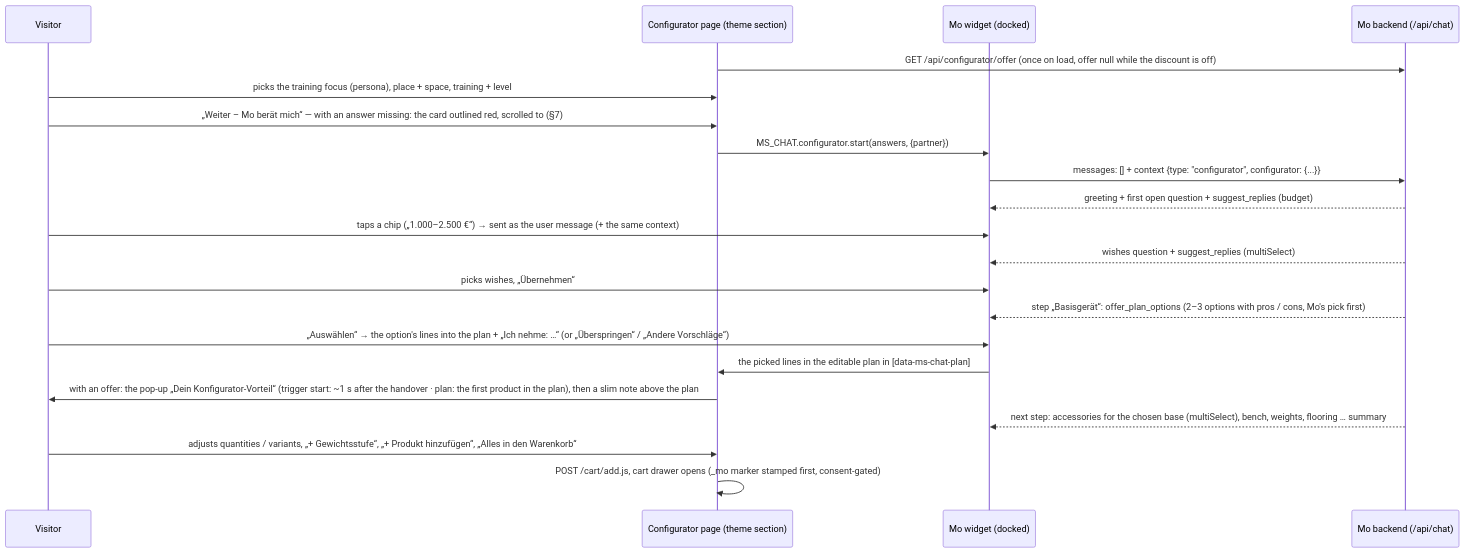
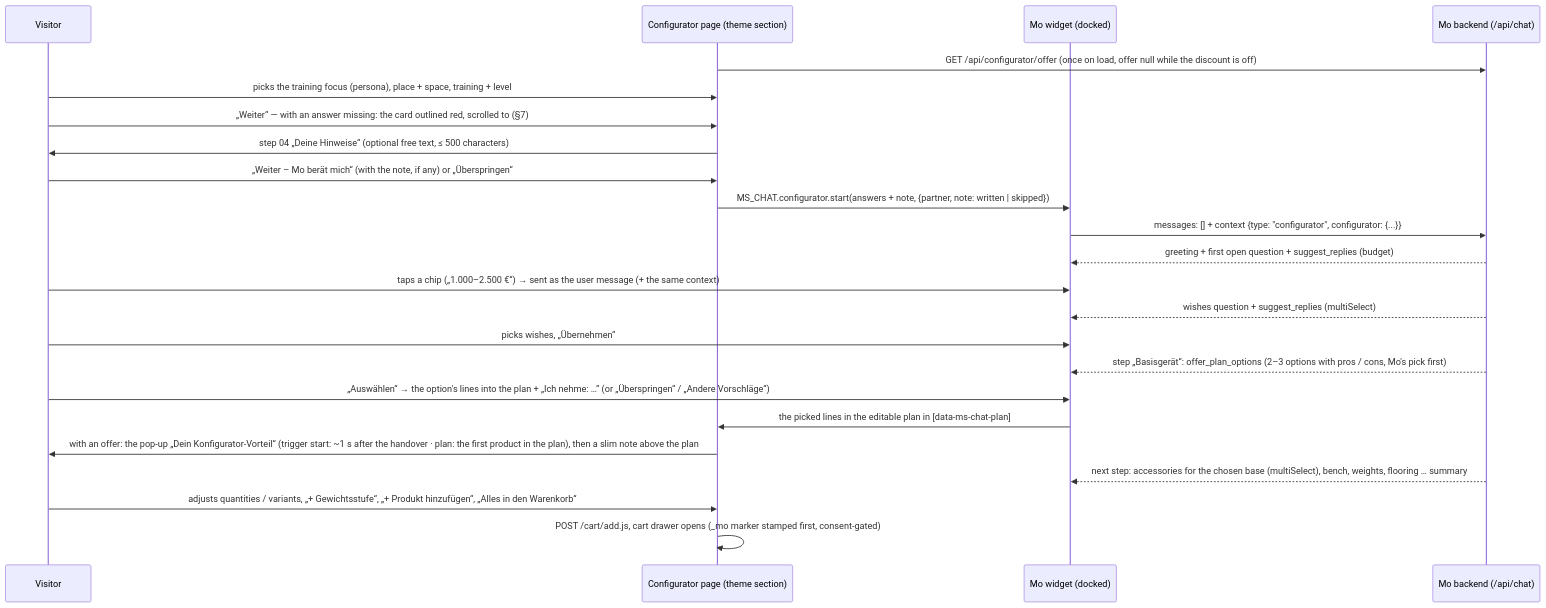
One commit to 4motionsports-GmbH/mo changed the diagram in docs/CONFIGURATOR.md. Above: the diagram before and after it, drawn with Mermaid. The commit also changed other lines of this file and 4 other files, not shown here.

````diff
--- a/docs/CONFIGURATOR.md
+++ b/docs/CONFIGURATOR.md
@@ -17,23 +22,25 @@
 ```mermaid
 sequenceDiagram
   participant V as Visitor
   participant P as Configurator page (theme section)
   participant W as Mo widget (docked)
   participant B as Mo backend (/api/chat)
   P->>B: GET /api/configurator/offer (once on load, offer null while the discount is off)
   V->>P: picks the training focus (persona), place + space, training + level
-  V->>P: „Weiter – Mo berät mich“ — with an answer missing: the card outlined red, scrolled to (§7)
-  P->>W: MS_CHAT.configurator.start(answers, {partner})
+  V->>P: „Weiter“ — with an answer missing: the card outlined red, scrolled to (§7)
+  P->>V: step 04 „Deine Hinweise“ (optional free text, ≤ 500 characters)
+  V->>P: „Weiter – Mo berät mich“ (with the note, if any) or „Überspringen“
+  P->>W: MS_CHAT.configurator.start(answers + note, {partner, note: written | skipped})
   W->>B: messages: [] + context {type: "configurator", configurator: {...}}
   B-->>W: greeting + first open question + suggest_replies (budget)
   V->>W: taps a chip („1.000–2.500 €“) → sent as the user message (+ the same context)
   B-->>W: wishes question + suggest_replies (multiSelect)
   V->>W: picks wishes, „Übernehmen“
   B-->>W: step „Basisgerät“: offer_plan_options (2–3 options with pros / cons, Mo's pick first)
   V->>W: „Auswählen“ → the option's lines into the plan + „Ich nehme: …“ (or „Überspringen“ / „Andere Vorschläge“)
   W->>P: the picked lines in the editable plan in [data-ms-chat-plan]
   P->>V: with an offer: the pop-up „Dein Konfigurator-Vorteil“ (trigger start: ~1 s after the handover · plan: the first product in the plan), then a slim note above the plan
   B-->>W: next step: accessories for the chosen base (multiSelect), bench, weights, flooring … summary
   V->>P: adjusts quantities / variants, „+ Gewichtsstufe“, „+ Produkt hinzufügen“, „Alles in den Warenkorb“
   P->>P: POST /cart/add.js, cart drawer opens (_mo marker stamped first, consent-gated)
 ```
````
